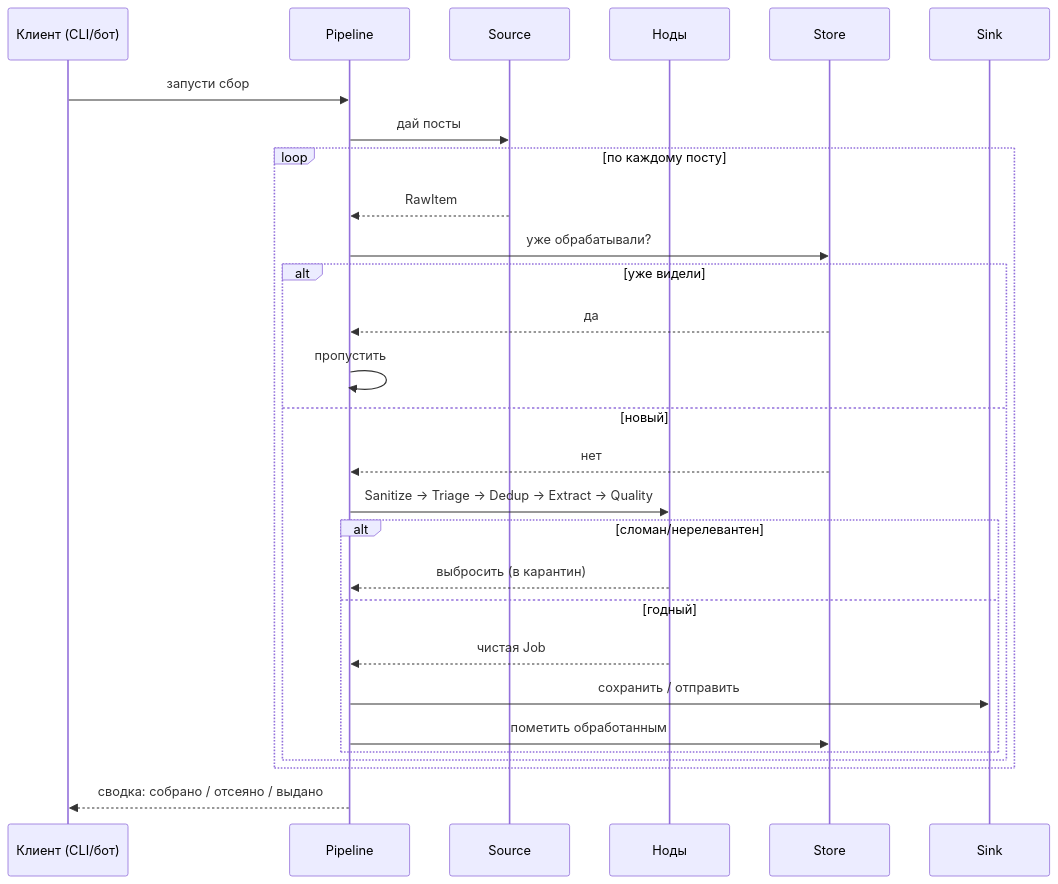
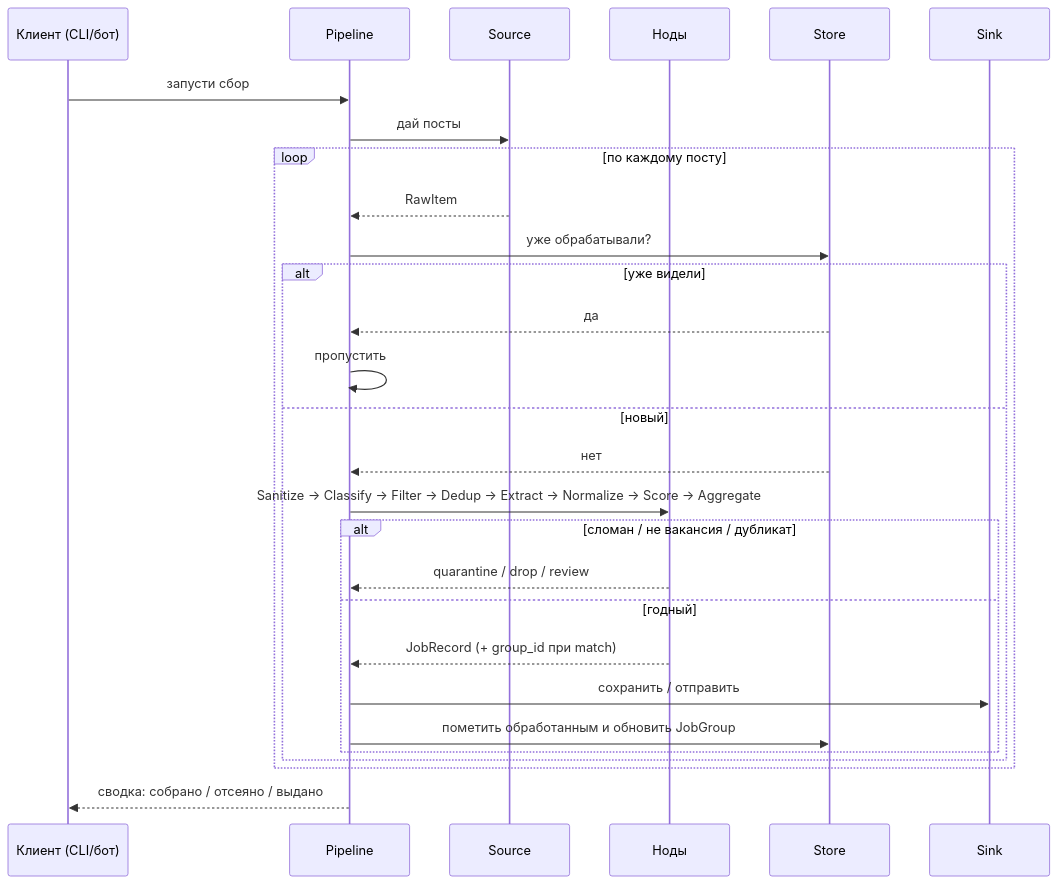
The third of 4 diagrams in docs/how_it_works.md (letya999/job_ftch), drawn with Mermaid before and after one commit. The commit also changed other lines of this file and 135 other files, not shown here.

````diff
--- a/docs/how_it_works.md
+++ b/docs/how_it_works.md
@@ -179,31 +179,31 @@
 ```mermaid
 sequenceDiagram
     participant U as Клиент (CLI/бот)
     participant P as Pipeline
     participant S as Source
     participant N as Ноды
     participant DB as Store
     participant O as Sink
 
     U->>P: запусти сбор
     P->>S: дай посты
     loop по каждому посту
         S-->>P: RawItem
         P->>DB: уже обрабатывали?
         alt уже видели
             DB-->>P: да
             P->>P: пропустить
         else новый
             DB-->>P: нет
-            P->>N: Sanitize → Triage → Dedup → Extract → Quality
-            alt сломан/нерелевантен
-                N-->>P: выбросить (в карантин)
+            P->>N: Sanitize → Classify → Filter → Dedup → Extract → Normalize → Score → Aggregate
+            alt сломан / не вакансия / дубликат
+                N-->>P: quarantine / drop / review
             else годный
-                N-->>P: чистая Job
+                N-->>P: JobRecord (+ group_id при match)
                 P->>O: сохранить / отправить
-                P->>DB: пометить обработанным
+                P->>DB: пометить обработанным и обновить JobGroup
             end
         end
     end
     P-->>U: сводка: собрано / отсеяно / выдано
 ```
````
